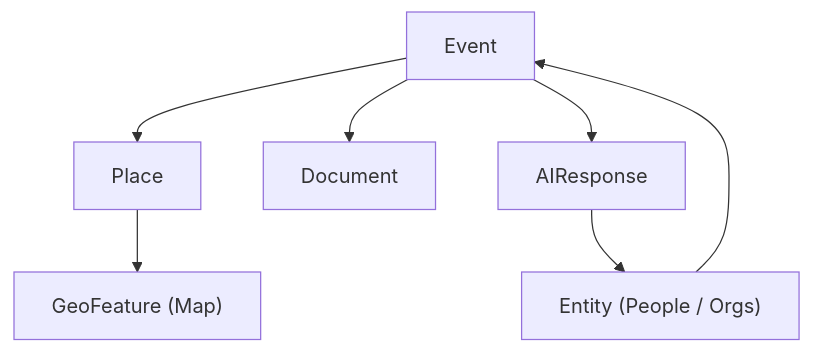
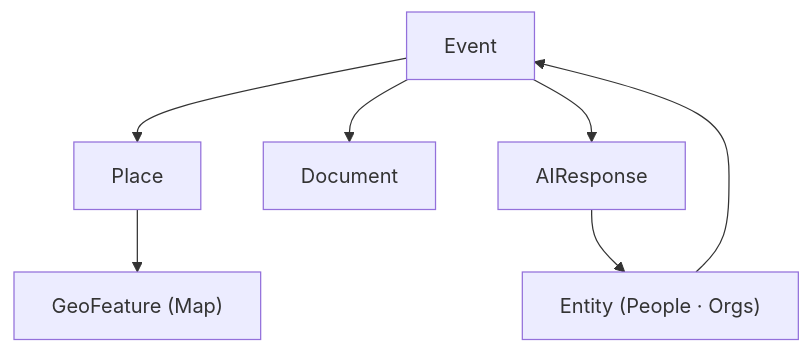
One commit to bartytime4life/Kansas-Frontier-Matrix changed the diagram in web/src/types/README.md. Above: the diagram before and after it, drawn with Mermaid. The commit also changed other lines of this file, not shown here.

````diff
--- a/web/src/types/README.md
+++ b/web/src/types/README.md
@@ -110,10 +104,10 @@
 ```mermaid
 flowchart TD
   A["Event"] --> B["Place"]
   A --> C["Document"]
   A --> D["AIResponse"]
   B --> E["GeoFeature (Map)"]
-  D --> F["Entity (People / Orgs)"]
+  D --> F["Entity (People · Orgs)"]
   F --> A
 %% END OF MERMAID
 ```
````
